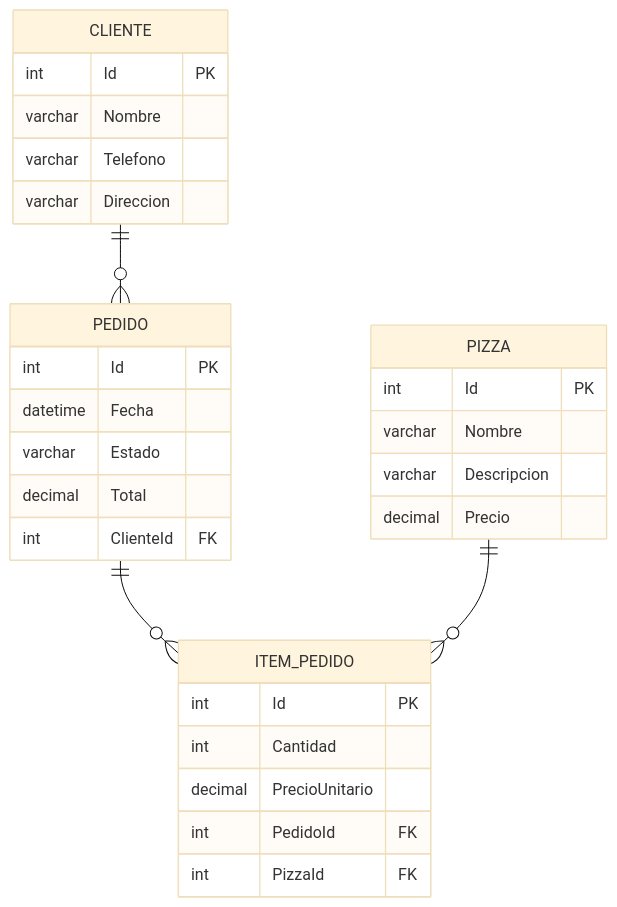
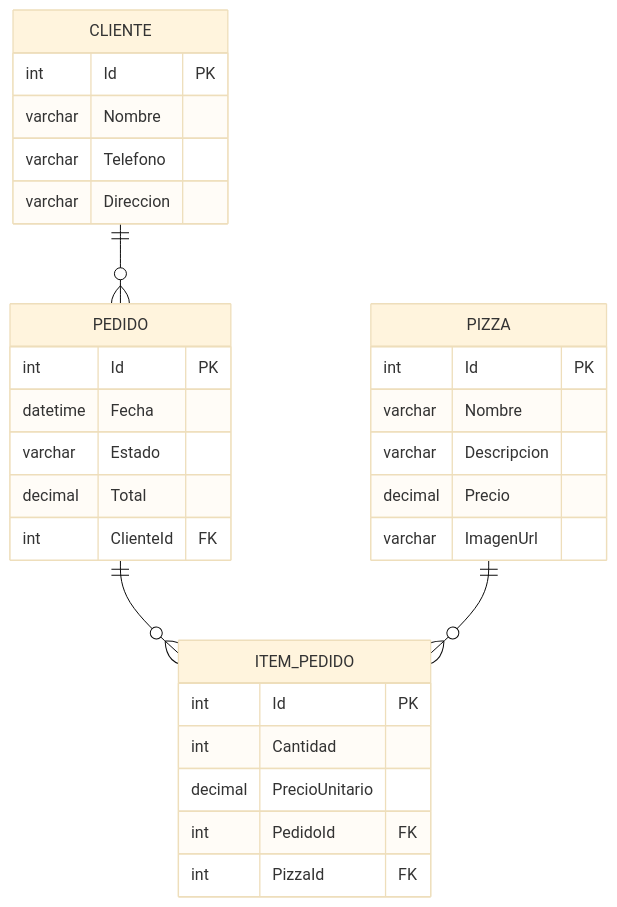
The diagram in doc/DER.md (angelnl610/PlanDeAprendizajePSR), drawn with Mermaid (base theme) before and after one commit. The commit also changed 100 other files, not shown here.

Commit message:
docs: actualizar DER, diagramas de clases, estado del proyecto y archivar cambios de OpenSpec

````diff
--- a/doc/DER.md
+++ b/doc/DER.md
@@ -3,40 +3,41 @@
 ```mermaid
 erDiagram
 
     CLIENTE {
         int Id PK
         varchar Nombre
         varchar Telefono
         varchar Direccion
     }
 
     PEDIDO {
         int Id PK
         datetime Fecha
         varchar Estado
         decimal Total
         int ClienteId FK
     }
 
     ITEM_PEDIDO {
         int Id PK
         int Cantidad
         decimal PrecioUnitario
         int PedidoId FK
         int PizzaId FK
     }
 
     PIZZA {
         int Id PK
         varchar Nombre
         varchar Descripcion
         decimal Precio
+        varchar ImagenUrl
     }
 
     
     CLIENTE ||--o{ PEDIDO : ""
 
     PEDIDO ||--o{ ITEM_PEDIDO :""
 
     PIZZA ||--o{ ITEM_PEDIDO :""
 ```
````
